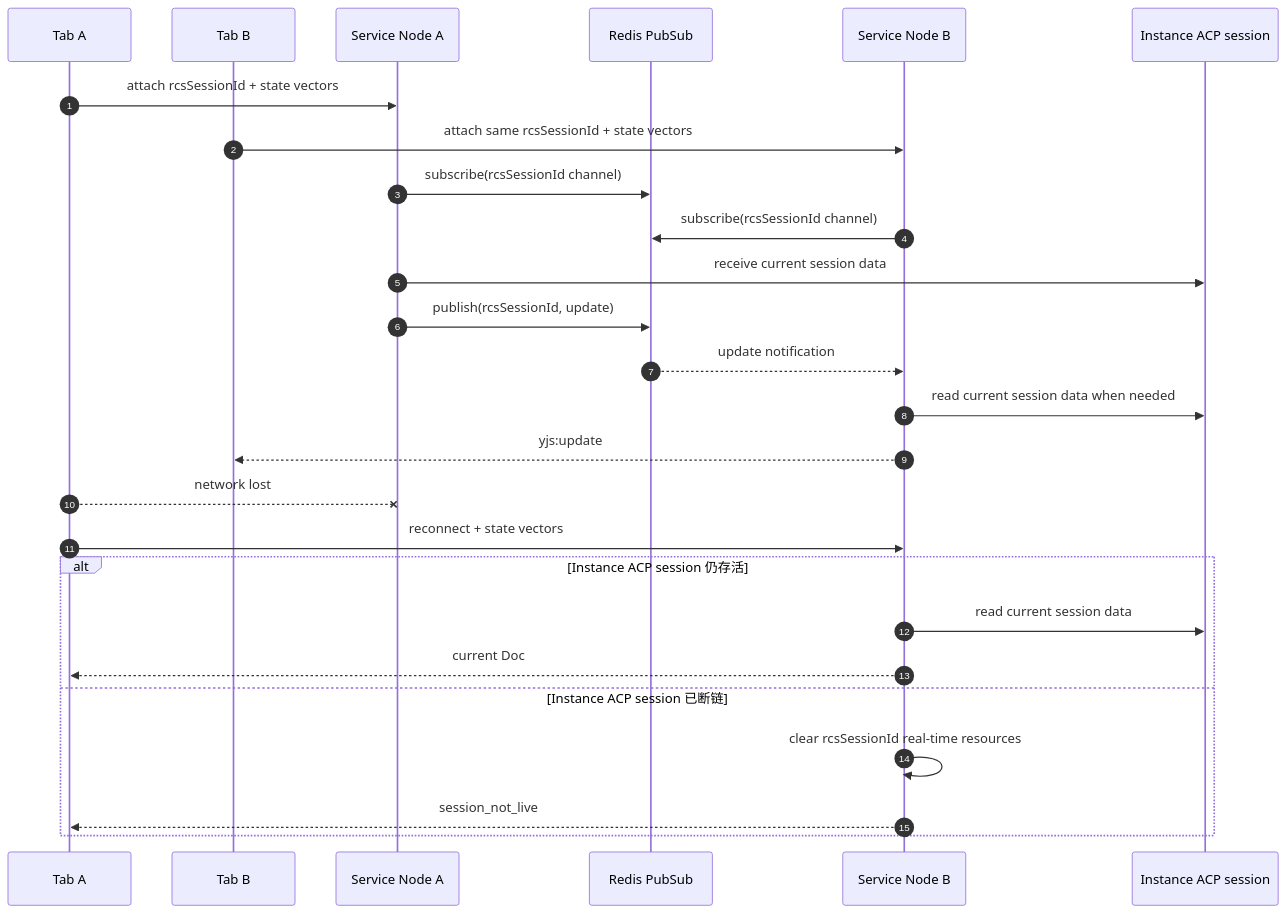
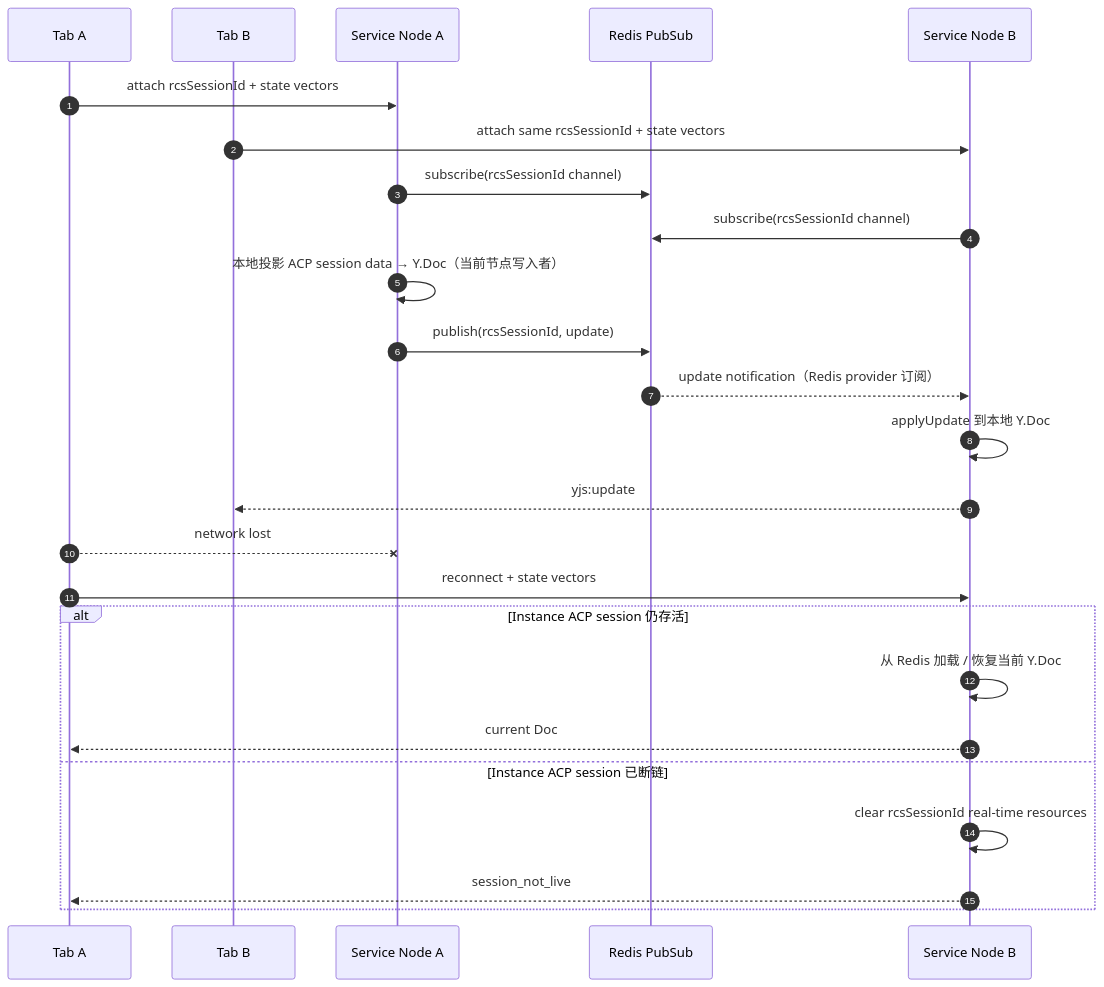
The seventh of 10 diagrams in docs/arch/19-yjs-chat-streaming.md (HuangPuStar/FenixAgent), drawn with Mermaid before and after one commit. The commit also changed other lines of this file and 2 other files, not shown here.

````diff
--- a/docs/arch/19-yjs-chat-streaming.md
+++ b/docs/arch/19-yjs-chat-streaming.md
@@ -345,29 +371,28 @@
 ```mermaid
 sequenceDiagram
     autonumber
     participant C1 as Tab A
     participant C2 as Tab B
     participant N1 as Service Node A
     participant R as Redis PubSub
     participant N2 as Service Node B
-    participant ACP as Instance ACP session
 
     C1->>N1: attach rcsSessionId + state vectors
     C2->>N2: attach same rcsSessionId + state vectors
     N1->>R: subscribe(rcsSessionId channel)
     N2->>R: subscribe(rcsSessionId channel)
-    N1->>ACP: receive current session data
+    N1->>N1: 本地投影 ACP session data → Y.Doc（当前节点写入者）
     N1->>R: publish(rcsSessionId, update)
-    R-->>N2: update notification
-    N2->>ACP: read current session data when needed
+    R-->>N2: update notification（Redis provider 订阅）
+    N2->>N2: applyUpdate 到本地 Y.Doc
     N2-->>C2: yjs:update
     C1--xN1: network lost
     C1->>N2: reconnect + state vectors
     alt Instance ACP session 仍存活
-        N2->>ACP: read current session data
+        N2->>N2: 从 Redis 加载 / 恢复当前 Y.Doc
         N2-->>C1: current Doc
     else Instance ACP session 已断链
         N2->>N2: clear rcsSessionId real-time resources
         N2-->>C1: session_not_live
     end
 ```
````
